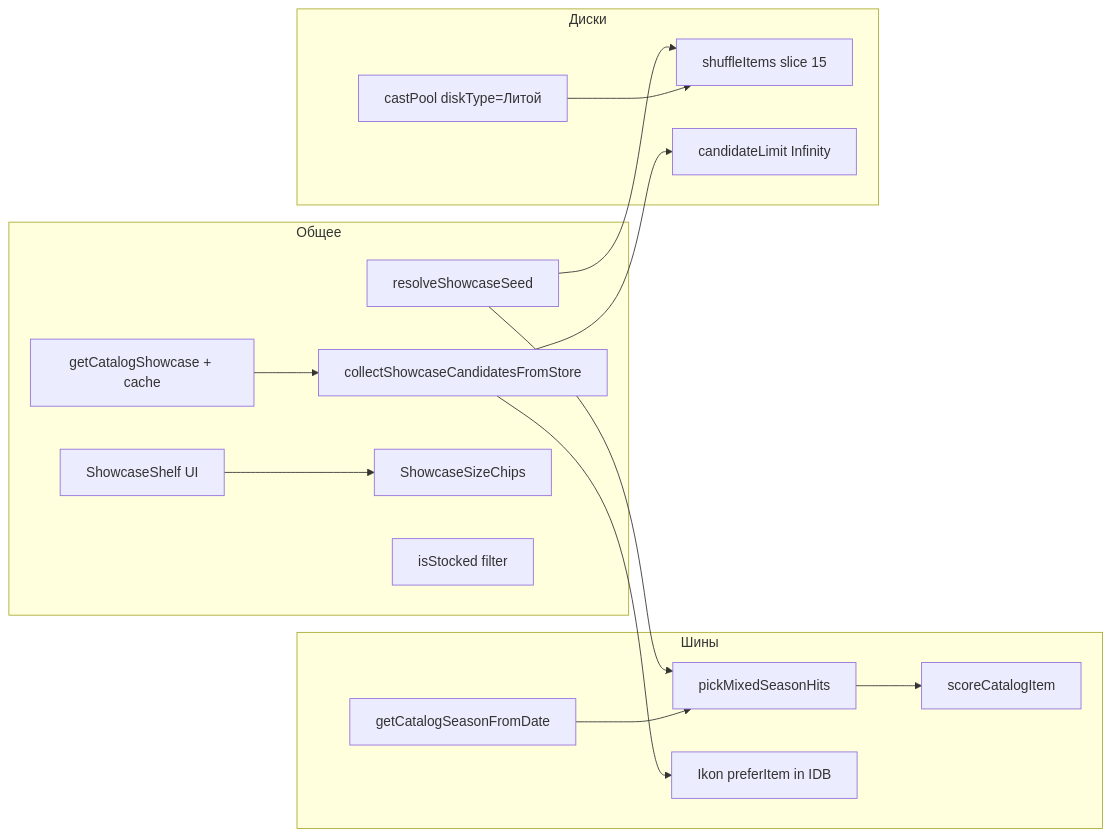
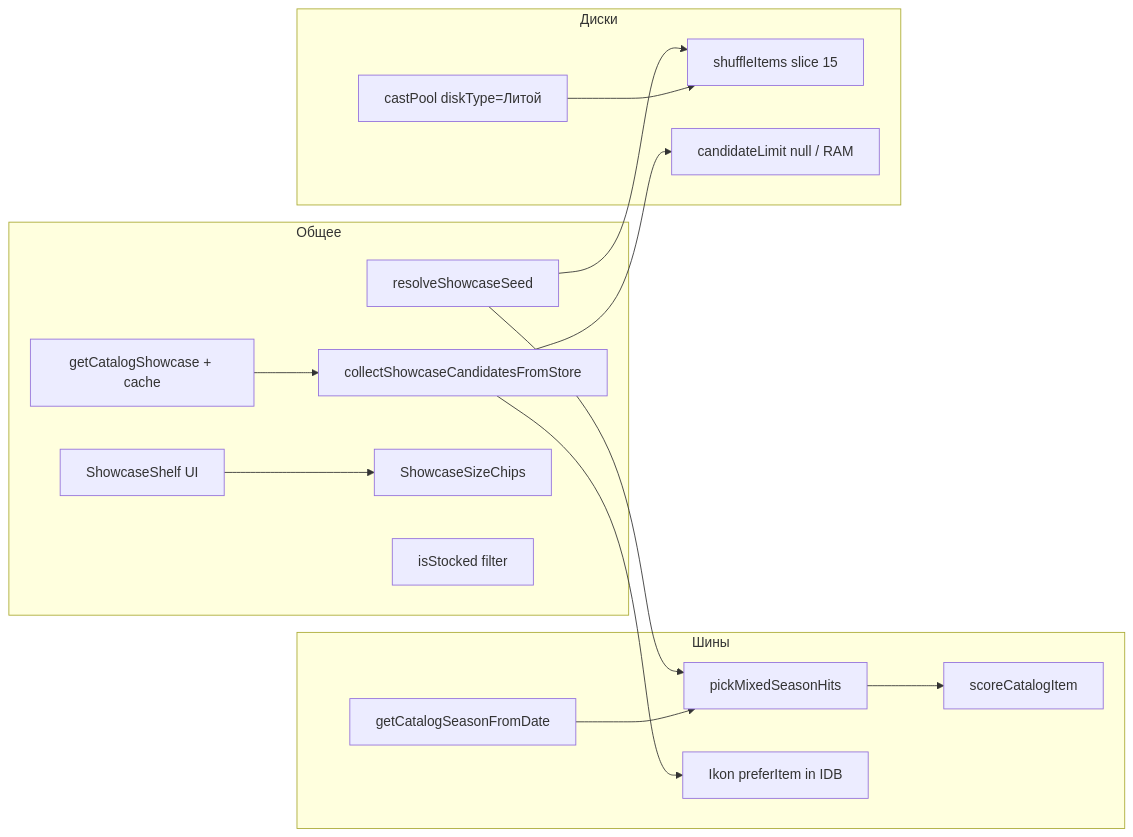
One commit to iscander-b10/tyres_discs changed the third of 3 diagrams in docs/08-search-showcase/showcase-selection.md. Above: the diagram before and after it, drawn with Mermaid. The commit also changed other lines of this file and 29 other files, not shown here.

````diff
--- a/docs/08-search-showcase/showcase-selection.md
+++ b/docs/08-search-showcase/showcase-selection.md
@@ -359,34 +359,34 @@
 ```mermaid
 flowchart LR
   subgraph Common["Общее"]
     C1[getCatalogShowcase + cache]
     C2[collectShowcaseCandidatesFromStore]
     C3[resolveShowcaseSeed]
     C4[ShowcaseShelf UI]
     C5[ShowcaseSizeChips]
     C6[isStocked filter]
   end
 
   subgraph Tires["Шины"]
     T1[getCatalogSeasonFromDate]
     T2[pickMixedSeasonHits]
     T3[scoreCatalogItem]
     T4[Ikon preferItem in IDB]
   end
 
   subgraph Discs["Диски"]
     D1[castPool diskType=Литой]
     D2[shuffleItems slice 15]
-    D3[candidateLimit Infinity]
+    D3[candidateLimit null / RAM]
   end
 
   C1 --> C2
   C2 --> T4
   C2 --> D3
   C3 --> T2
   C3 --> D2
   T2 --> T3
   T1 --> T2
   D1 --> D2
   C4 --> C5
 ```
````
